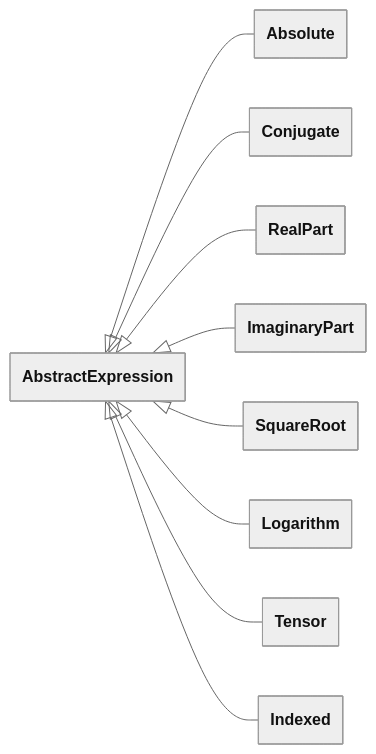
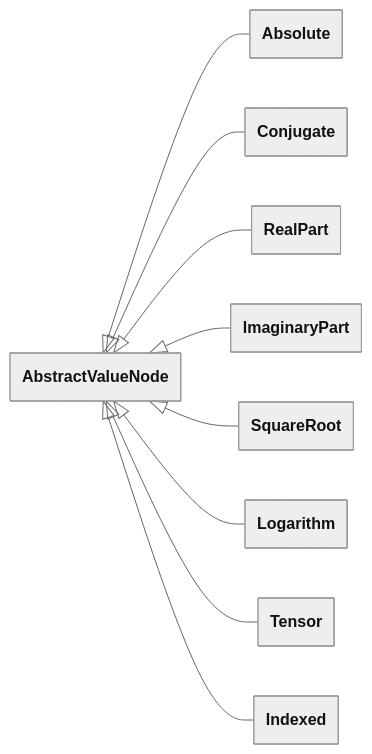
One commit to FEniCS/uflx changed the fourth of 12 diagrams in design/language.md. Above: the diagram before and after it, drawn with Mermaid. The commit also changed other lines of this file and 9 other files, not shown here.

````diff
--- a/design/language.md
+++ b/design/language.md
@@ -4011,22 +4307,22 @@
 ```mermaid
 ---
 config:
   theme: neutral
   look: classic
   class:
     theme: neutral
     look: classic
     hideEmptyMembersBox: true
 ---
 classDiagram
     direction LR
     accTitle: Algebra class hierarchy (2 of 3)
-    AbstractExpression <|-- Absolute
-    AbstractExpression <|-- Conjugate
-    AbstractExpression <|-- RealPart
-    AbstractExpression <|-- ImaginaryPart
-    AbstractExpression <|-- SquareRoot
-    AbstractExpression <|-- Logarithm
-    AbstractExpression <|-- Tensor
-    AbstractExpression <|-- Indexed
+    AbstractValueNode <|-- Absolute
+    AbstractValueNode <|-- Conjugate
+    AbstractValueNode <|-- RealPart
+    AbstractValueNode <|-- ImaginaryPart
+    AbstractValueNode <|-- SquareRoot
+    AbstractValueNode <|-- Logarithm
+    AbstractValueNode <|-- Tensor
+    AbstractValueNode <|-- Indexed
 ```
````
